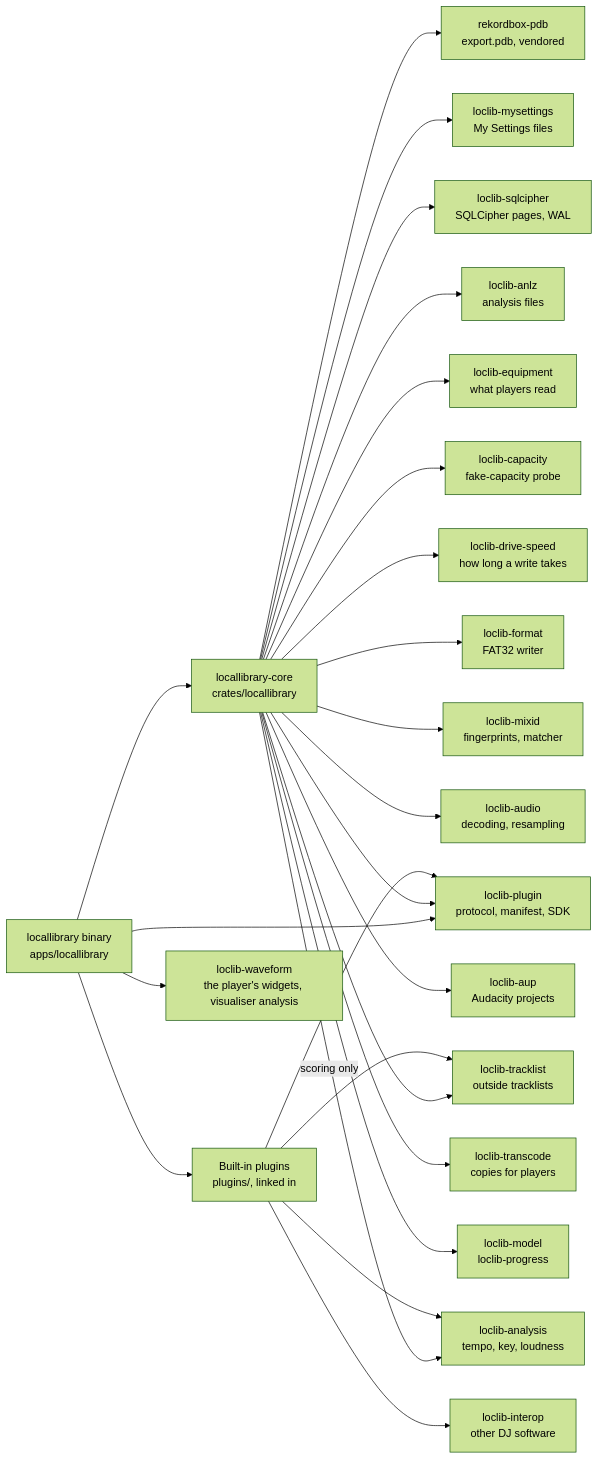
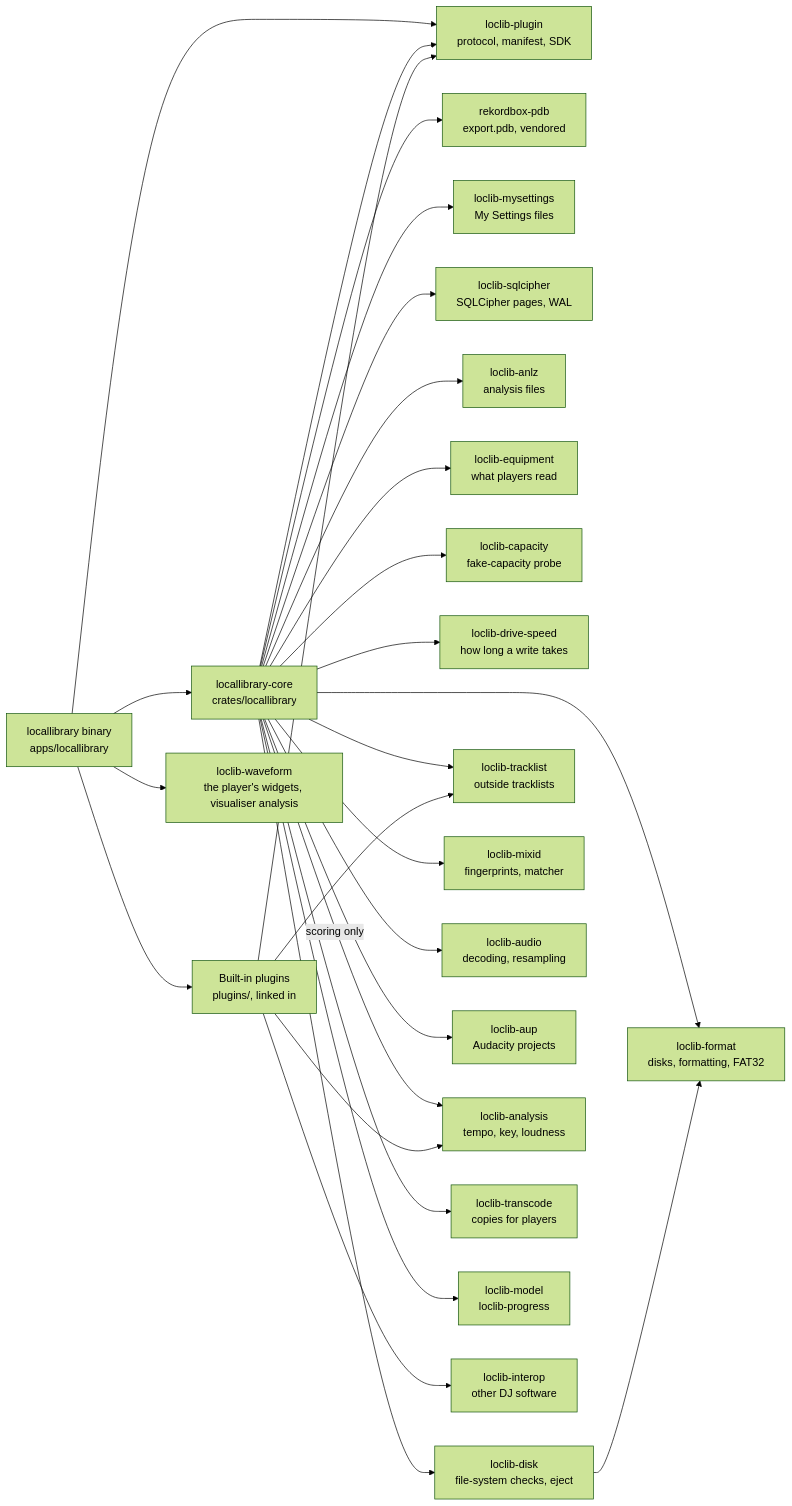
One commit to cutenode/localnetwork changed the second of 11 diagrams in apps/locallibrary/README.md. Above: the diagram before and after it, drawn with Mermaid (forest theme). The commit also changed other lines of this file and 55 other files, not shown here.

````diff
--- a/apps/locallibrary/README.md
+++ b/apps/locallibrary/README.md
@@ -293,27 +295,29 @@
 ```mermaid
 flowchart LR
     bin["locallibrary binary<br/>apps/locallibrary"] --> core["locallibrary-core<br/>crates/locallibrary"]
     bin --> plugins["Built-in plugins<br/>plugins/, linked in"]
     bin --> wave["loclib-waveform<br/>the player's widgets, visualiser analysis"]
     bin --> sdk["loclib-plugin<br/>protocol, manifest, SDK"]
     core --> sdk
     core --> pdb["rekordbox-pdb<br/>export.pdb, vendored"]
     core --> set["loclib-mysettings<br/>My Settings files"]
     core --> sqlc["loclib-sqlcipher<br/>SQLCipher pages, WAL"]
     core --> anlz["loclib-anlz<br/>analysis files"]
     core --> equip["loclib-equipment<br/>what players read"]
     core --> cap["loclib-capacity<br/>fake-capacity probe"]
     core --> speed["loclib-drive-speed<br/>how long a write takes"]
-    core --> fmt["loclib-format<br/>FAT32 writer"]
+    core --> fmt["loclib-format<br/>disks, formatting, FAT32"]
+    core --> disk["loclib-disk<br/>file-system checks, eject"]
+    disk --> fmt
     core --> track["loclib-tracklist<br/>outside tracklists"]
     core --> mixid["loclib-mixid<br/>fingerprints, matcher"]
     core --> audio["loclib-audio<br/>decoding, resampling"]
     core --> aup["loclib-aup<br/>Audacity projects"]
     core -->|scoring only| sound["loclib-analysis<br/>tempo, key, loudness"]
     core --> trans["loclib-transcode<br/>copies for players"]
     core --> model["loclib-model<br/>loclib-progress"]
     plugins --> sdk
     plugins --> interop["loclib-interop<br/>other DJ software"]
     plugins --> sound
     plugins --> track
 ```
````
